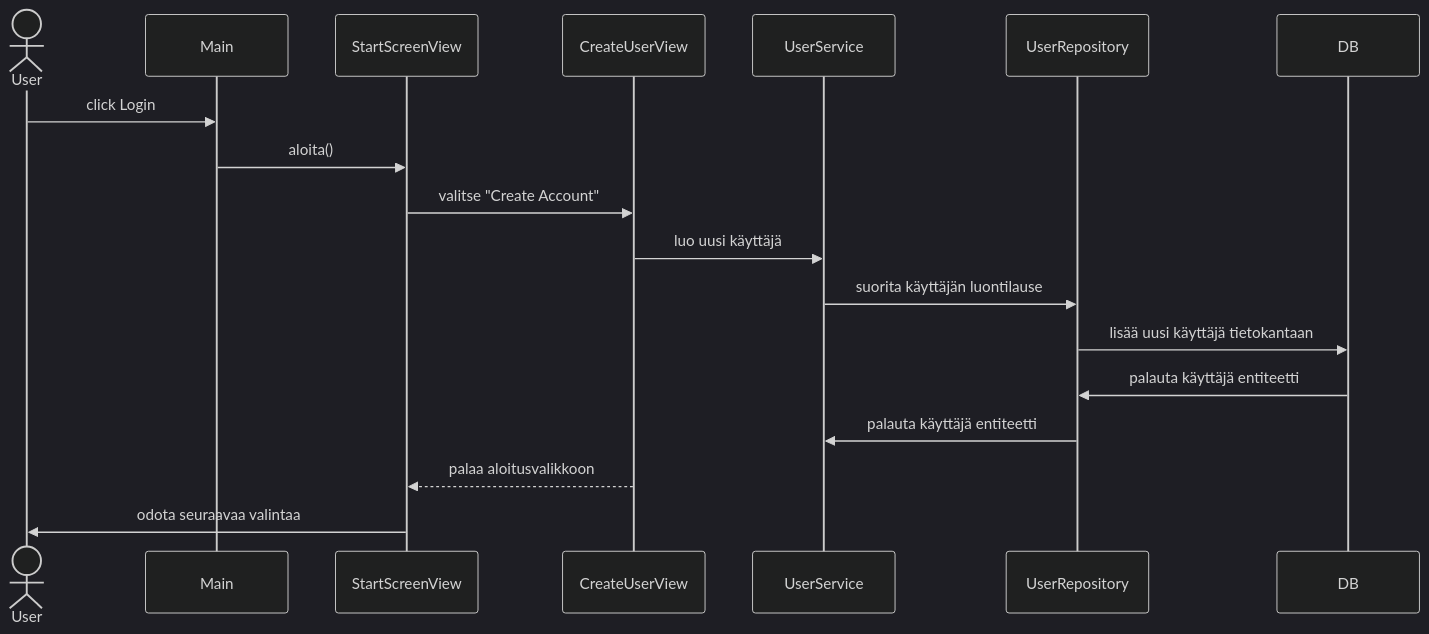
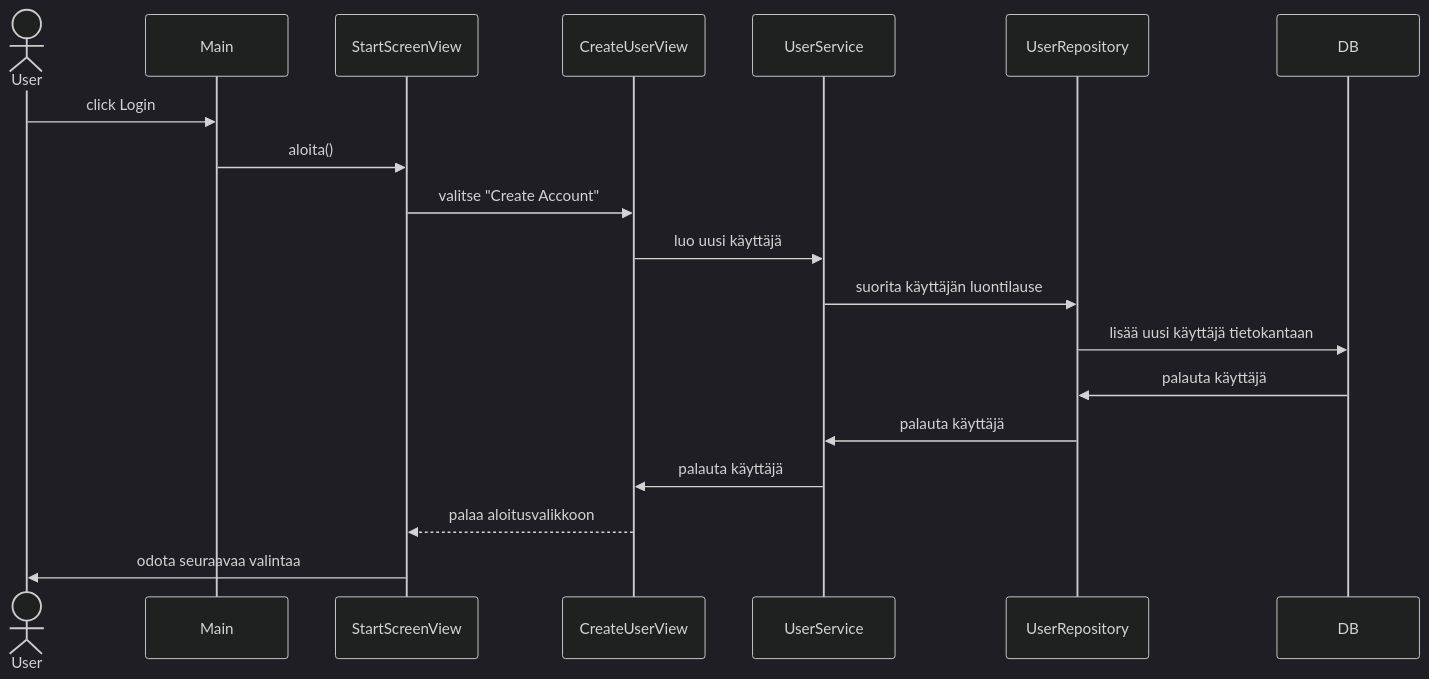
Before and after one commit to Tapir79/ot-harjoitustyo: diagram 13 of 20 in dokumentaatio/arkkitehtuuri.md, drawn with Mermaid (dark theme). The commit also changed other lines of this file, not shown here.

Commit message:
Update architecture

````diff
--- a/dokumentaatio/arkkitehtuuri.md
+++ b/dokumentaatio/arkkitehtuuri.md
@@ -347,23 +348,24 @@
 ```mermaid 
 sequenceDiagram
     actor User
     participant Main
     participant StartScreenView
     participant CreateUserView
     participant UserService
     participant UserRepository
     participant DB
 
     User->>Main: click Login
     Main->>StartScreenView: aloita()
     StartScreenView->>CreateUserView: valitse "Create Account"
     CreateUserView->>UserService: luo uusi käyttäjä
     UserService->>UserRepository: suorita käyttäjän luontilause
     UserRepository->>DB: lisää uusi käyttäjä tietokantaan
-    DB->>UserRepository: palauta käyttäjä entiteetti
-    UserRepository->>UserService: palauta käyttäjä entiteetti
+    DB->>UserRepository: palauta käyttäjä
+    UserRepository->>UserService: palauta käyttäjä 
+    UserService->>CreateUserView: palauta käyttäjä
     CreateUserView-->>StartScreenView: palaa aloitusvalikkoon
     StartScreenView->>User: odota seuraavaa valintaa
 
 
 ```
````
